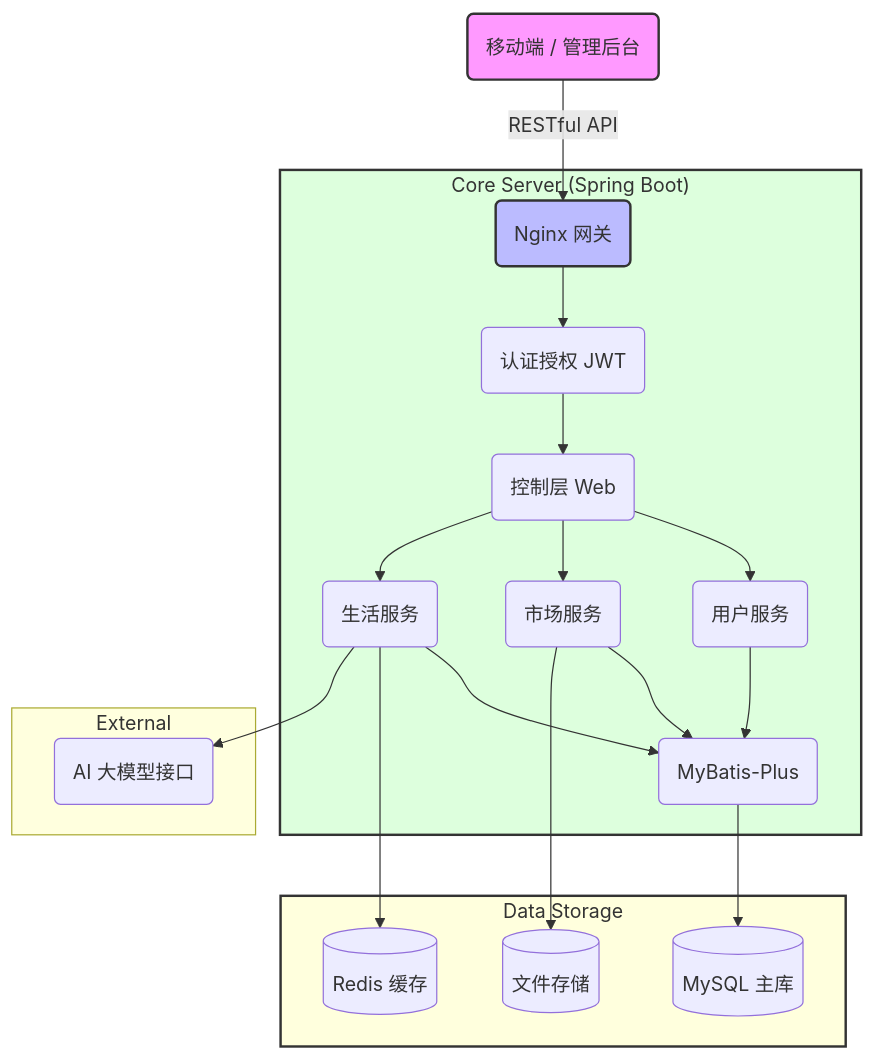
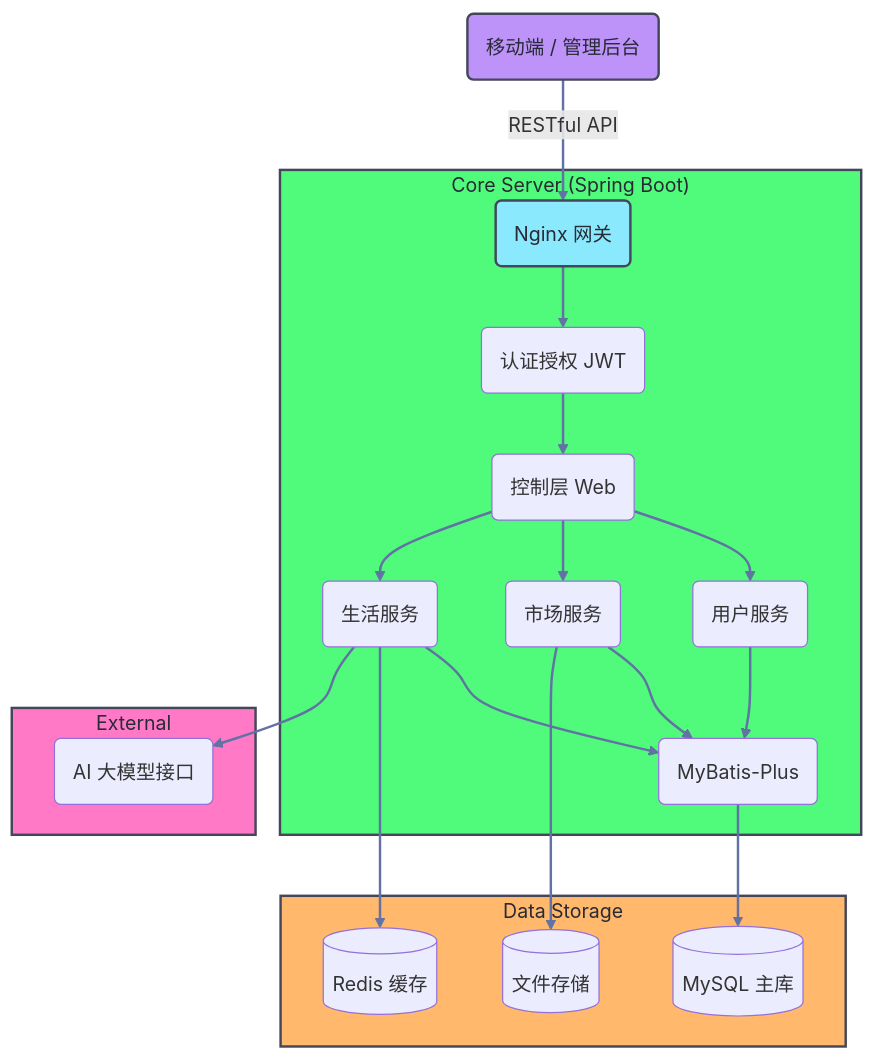
Before and after one commit to lxxxDD/campus-life-server: the first of 4 diagrams in README.md, drawn with Mermaid. The commit also changed other lines of this file, not shown here.

Commit message:
🎨 恢复打字机特效 & 优化Mermaid配色为Dracula风格

````diff
--- a/README.md
+++ b/README.md
@@ -43,30 +48,41 @@
 ```mermaid
 graph TD
     Client("移动端 / 管理后台") -->|RESTful API| Gateway("Nginx 网关")
     
     subgraph CoreServer["Core Server (Spring Boot)"]
         Gateway --> Auth("认证授权 JWT")
         Auth --> Controller("控制层 Web")
         Controller --> UserService("用户服务")
         Controller --> MarketService("市场服务")
         Controller --> LifeService("生活服务")
         UserService --> MP("MyBatis-Plus")
         MarketService --> MP
         LifeService --> MP
     end
     
     subgraph DataStorage["Data Storage"]
         MP --> MySQL[("MySQL 主库")]
         LifeService --> Redis[("Redis 缓存")]
         MarketService --> OSS[("文件存储")]
     end
     
     subgraph External["External"]
         LifeService --> AI("AI 大模型接口")
     end
 
-    style Client fill:#f9f,stroke:#333,stroke-width:2px
-    style Gateway fill:#bbf,stroke:#333,stroke-width:2px
-    style CoreServer fill:#dfd,stroke:#333,stroke-width:2px
-    style DataStorage fill:#ffd,stroke:#333,stroke-width:2px
+    %% Dracula Color Palette
+    %% Purple: #bd93f9
+    %% Cyan: #8be9fd
+    %% Green: #50fa7b
+    %% Orange: #ffb86c
+    %% Pink: #ff79c6
+    %% Selection: #44475a
+    
+    style Client fill:#bd93f9,stroke:#44475a,stroke-width:2px,color:#282a36
+    style Gateway fill:#8be9fd,stroke:#44475a,stroke-width:2px,color:#282a36
+    style CoreServer fill:#50fa7b,stroke:#44475a,stroke-width:2px,color:#282a36
+    style DataStorage fill:#ffb86c,stroke:#44475a,stroke-width:2px,color:#282a36
+    style External fill:#ff79c6,stroke:#44475a,stroke-width:2px,color:#282a36
+    
+    linkStyle default stroke:#6272a4,stroke-width:2px
 ```
````
